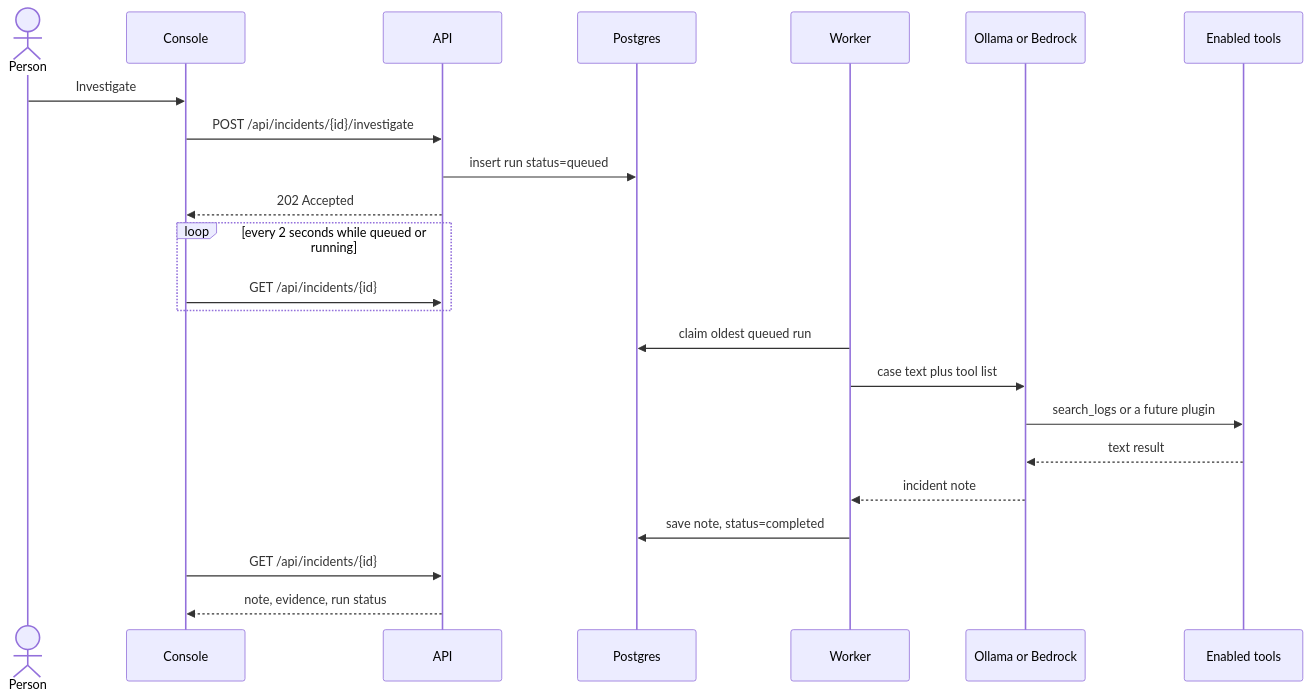
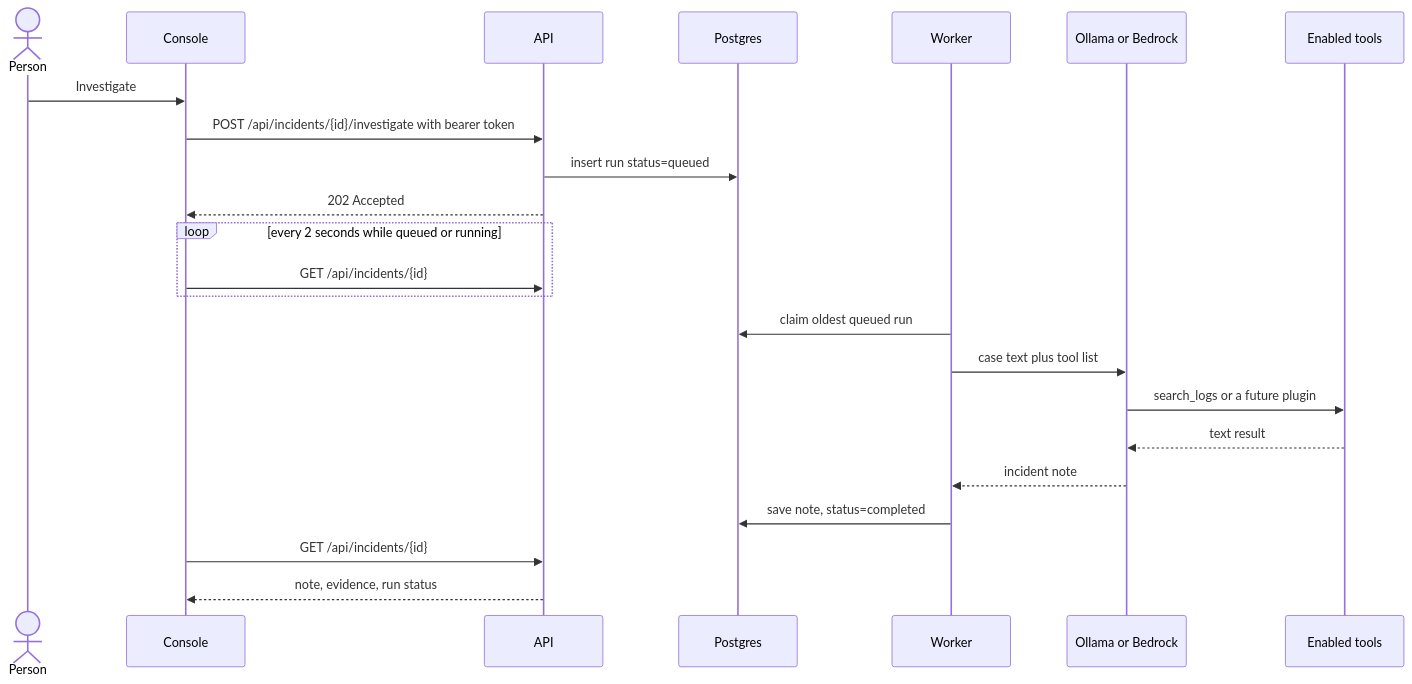
Before and after one commit to SaifulJnU/incident-investigation-agent: the third of 3 diagrams in prd/system-design.md, drawn with Mermaid. The commit also changed other lines of this file and 35 other files, not shown here.

````diff
--- a/prd/system-design.md
+++ b/prd/system-design.md
@@ -54,25 +54,25 @@
 ```mermaid
 sequenceDiagram
   actor Person
   participant Console
   participant API
   participant DB as Postgres
   participant Worker
   participant Model as Ollama or Bedrock
   participant Logs as Enabled tools
   Person->>Console: Investigate
-  Console->>API: POST /api/incidents/{id}/investigate
+  Console->>API: POST /api/incidents/{id}/investigate with bearer token
   API->>DB: insert run status=queued
   API-->>Console: 202 Accepted
   loop every 2 seconds while queued or running
     Console->>API: GET /api/incidents/{id}
   end
   Worker->>DB: claim oldest queued run
   Worker->>Model: case text plus tool list
   Model->>Logs: search_logs or a future plugin
   Logs-->>Model: text result
   Model-->>Worker: incident note
   Worker->>DB: save note, status=completed
   Console->>API: GET /api/incidents/{id}
   API-->>Console: note, evidence, run status
 ```
````
